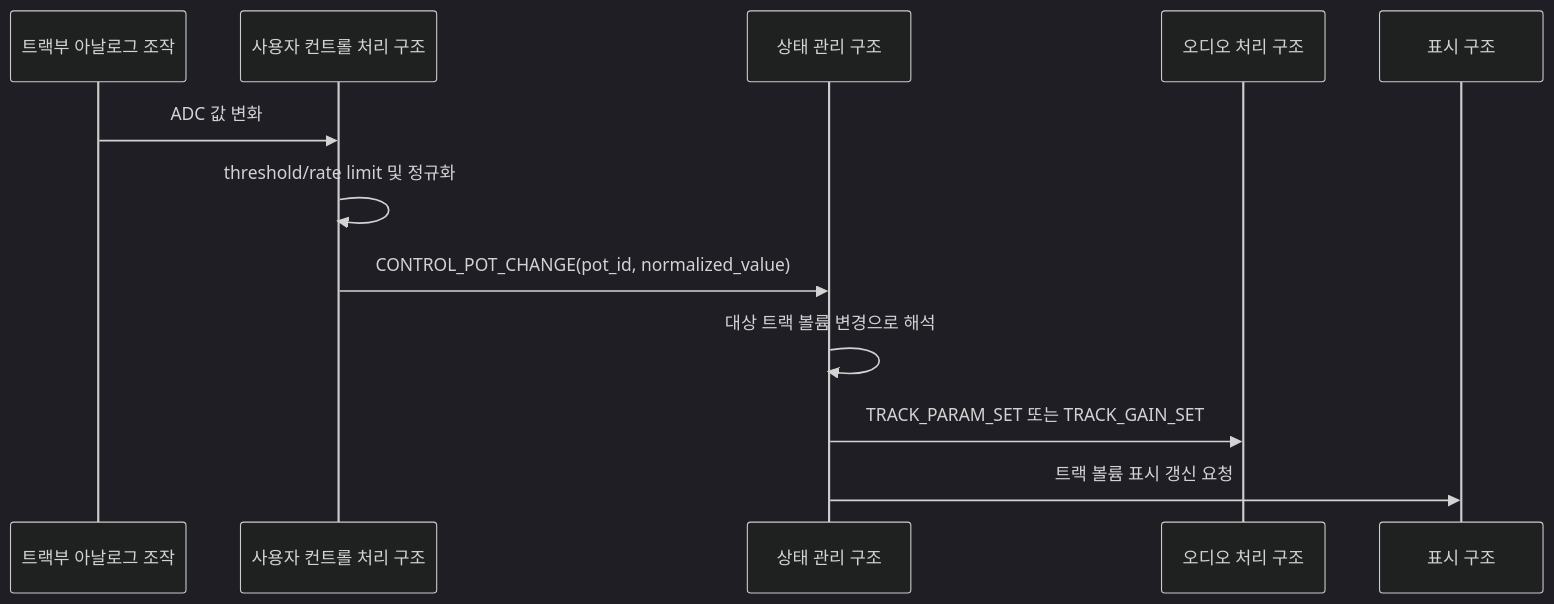
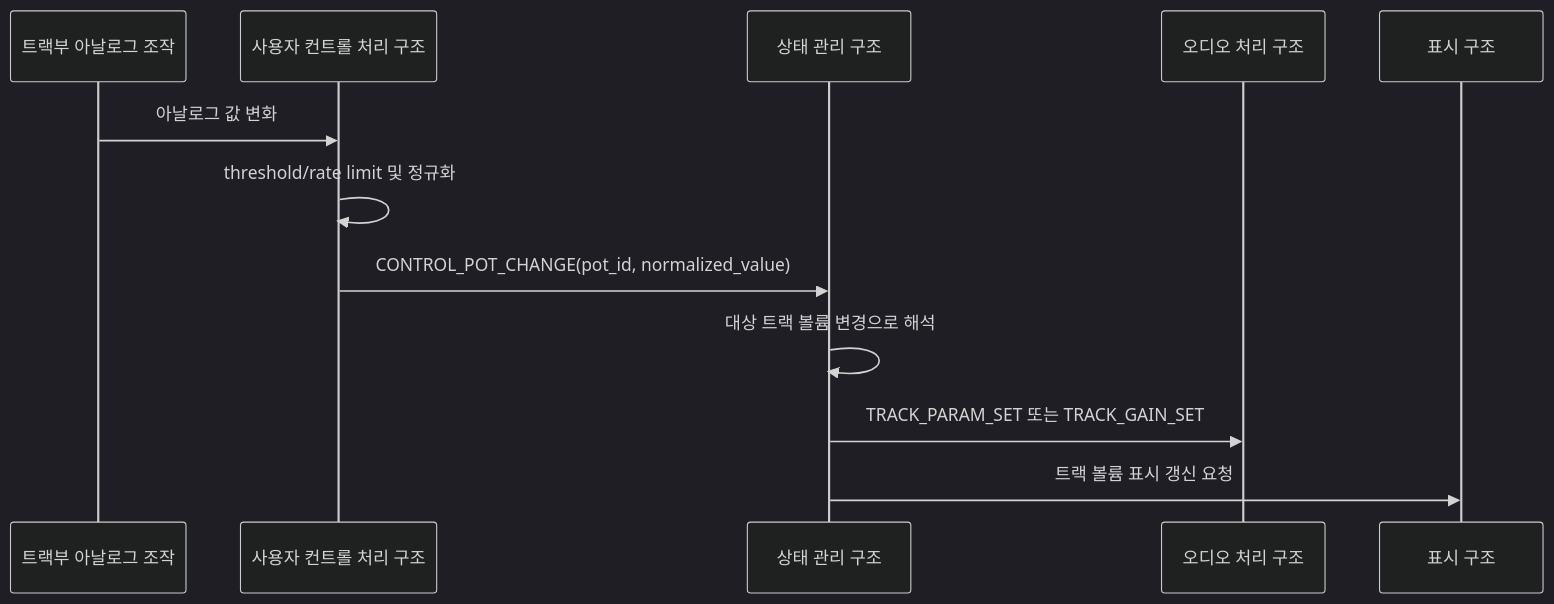
The eighth of 13 diagrams in docs/2-Architecture/ARCH-INPUT.md (10cheon00/rtos-loopstation), drawn with Mermaid (dark theme) before and after one commit. The commit also changed other lines of this file and 1 other file, not shown here.

````diff
--- a/docs/2-Architecture/ARCH-INPUT.md
+++ b/docs/2-Architecture/ARCH-INPUT.md
@@ -241,15 +244,15 @@
 ```mermaid
 sequenceDiagram
     participant Pot as 트랙부 아날로그 조작
     participant Control as 사용자 컨트롤 처리 구조
     participant State as 상태 관리 구조
     participant Audio as 오디오 처리 구조
     participant Display as 표시 구조
 
-    Pot->>Control: ADC 값 변화
+    Pot->>Control: 아날로그 값 변화
     Control->>Control: threshold/rate limit 및 정규화
     Control->>State: CONTROL_POT_CHANGE(pot_id, normalized_value)
     State->>State: 대상 트랙 볼륨 변경으로 해석
     State->>Audio: TRACK_PARAM_SET 또는 TRACK_GAIN_SET
     State->>Display: 트랙 볼륨 표시 갱신 요청
 ```
````
